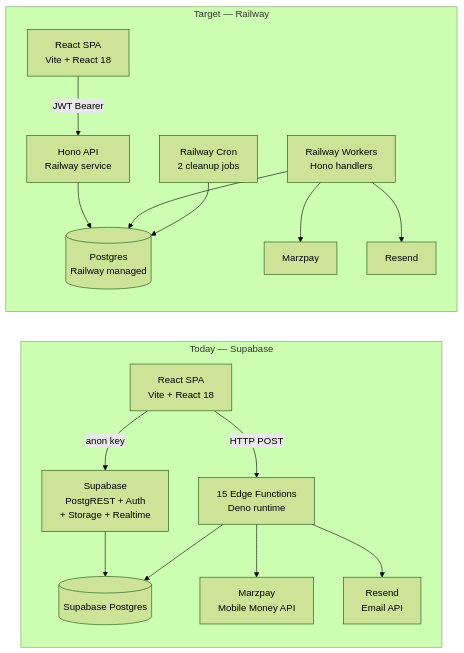
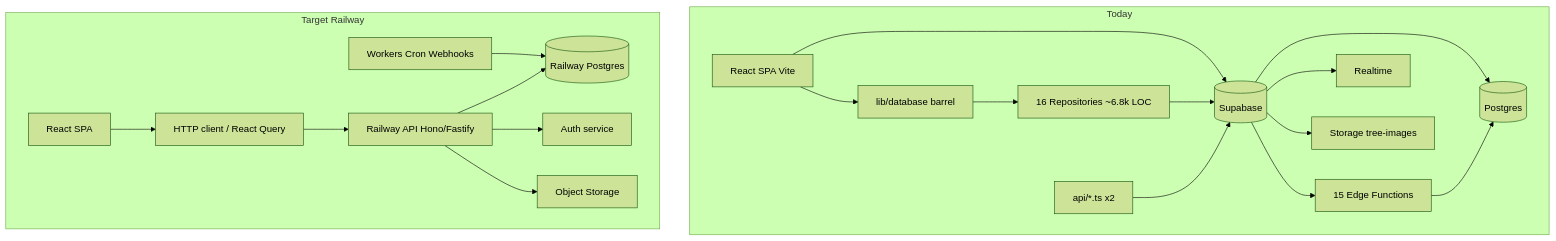
The diagram in docs/architecture/audit-2026-06-03.md (Ssemaganda-George/dirt-t-frontend), drawn with Mermaid (forest theme) before and after one commit. The commit also changed other lines of this file and 30 other files, not shown here.

First line of the commit message:
Consolidate frontend architecture while staying on Supabase.

````diff
--- a/docs/architecture/audit-2026-06-03.md
+++ b/docs/architecture/audit-2026-06-03.md
@@ -65,33 +62,37 @@
 ```mermaid
-flowchart LR
-  subgraph today [Today — Supabase]
-    SPA[React SPA\nVite + React 18]
-    SB[Supabase\nPostgREST + Auth\n+ Storage + Realtime]
-    PG[(Supabase Postgres)]
-    EF[15 Edge Functions\nDeno runtime]
-    MP[Marzpay\nMobile Money API]
-    RS[Resend\nEmail API]
-    SPA -->|anon key| SB
-    SPA -->|HTTP POST| EF
+flowchart TB
+  subgraph today [Today]
+    SPA[React SPA Vite]
+    DBAR[lib/database barrel]
+    REPO[16 Repositories ~6.8k LOC]
+    SB[(Supabase)]
+    PG[(Postgres)]
+    EF[15 Edge Functions]
+    RT[Realtime]
+    ST[Storage tree-images]
+    SPA --> DBAR --> REPO
+    SPA --> SB
+    REPO --> SB
     SB --> PG
+    SB --> EF
     EF --> PG
-    EF --> MP
-    EF --> RS
+    SB --> RT
+    SB --> ST
+    API2[api/*.ts x2] --> SB
   end
 
-  subgraph target [Target — Railway]
-    SPA2[React SPA\nVite + React 18]
-    API[Hono API\nRailway service]
-    PG2[(Postgres\nRailway managed)]
-    WK[Railway Workers\nHono handlers]
-    CR[Railway Cron\n2 cleanup jobs]
-    MP2[Marzpay]
-    RS2[Resend]
-    SPA2 -->|JWT Bearer| API
+  subgraph target [Target Railway]
+    SPA2[React SPA]
+    HTTP[HTTP client / React Query]
+    API[Railway API Hono/Fastify]
+    PG2[(Railway Postgres)]
+    WK[Workers Cron Webhooks]
+    OBJ[Object Storage]
+    AUTH[Auth service]
+    SPA2 --> HTTP --> API
     API --> PG2
+    API --> AUTH
     WK --> PG2
-    CR --> PG2
-    WK --> MP2
-    WK --> RS2
+    API --> OBJ
   end
 ```
````
